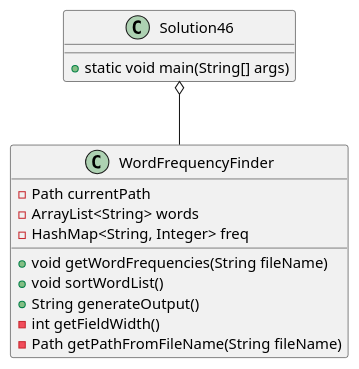
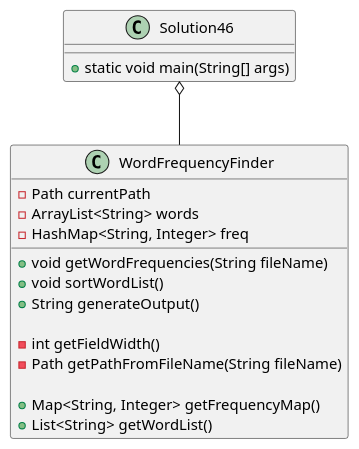
The diagram in exercise46/docs/class_diagram.puml (ethandrzb/thomas-a04), drawn with PlantUML before and after one commit. The commit also changed 6 other files, not shown here.

Commit message:
Added unit tests Updated UML diagram

```diff
--- a/exercise46/docs/class_diagram.puml
+++ b/exercise46/docs/class_diagram.puml
@@ -1,25 +1,33 @@
 @startuml
 'https://plantuml.com/class-diagram
 
 class Solution46
 {
     +static void main(String[] args)
 }
 
 class WordFrequencyFinder
 {
+    ' Fields
     -Path currentPath
     -ArrayList<String> words
     -HashMap<String, Integer> freq
 
+    ' User interface
     +void getWordFrequencies(String fileName)
     +void sortWordList()
     +String generateOutput()
+
+    ' Helper methods
     -int getFieldWidth()
     -Path getPathFromFileName(String fileName)
+
+    ' Accessor methods for testing
+    +Map<String, Integer> getFrequencyMap()
+    +List<String> getWordList()
     
 }
 
 Solution46 o-- WordFrequencyFinder
 
 @enduml
```
